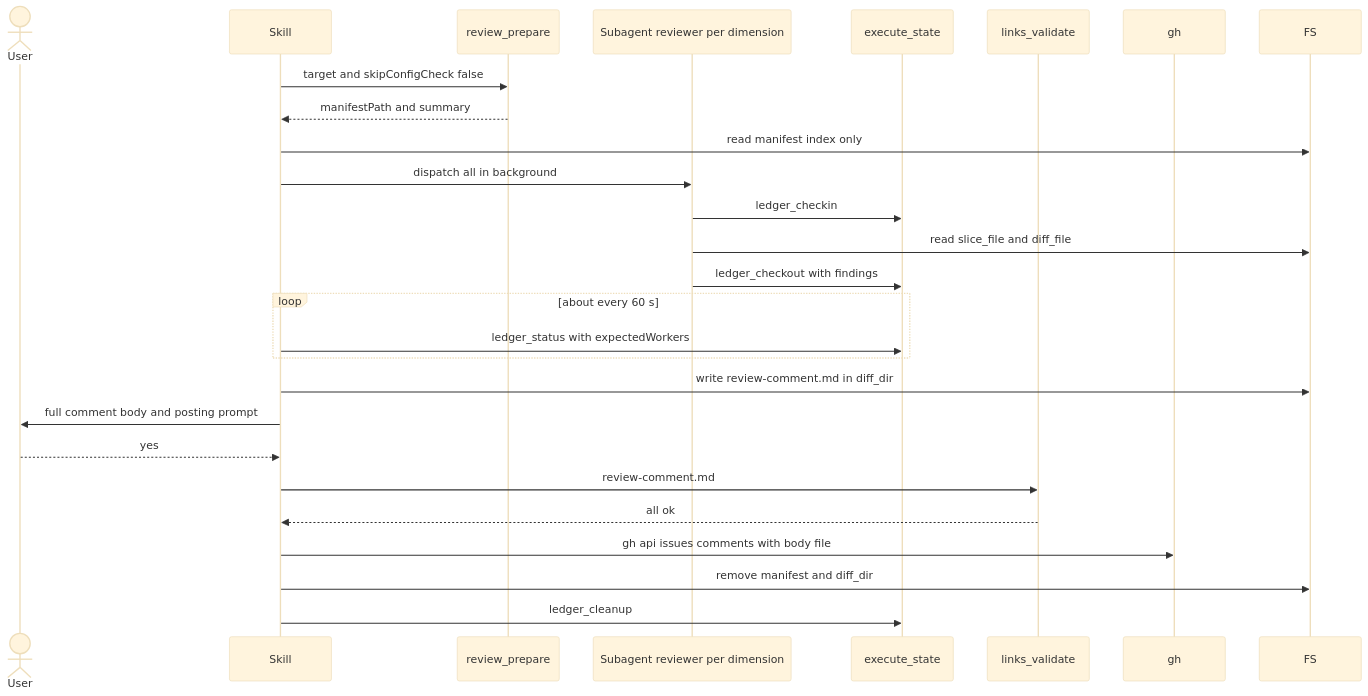
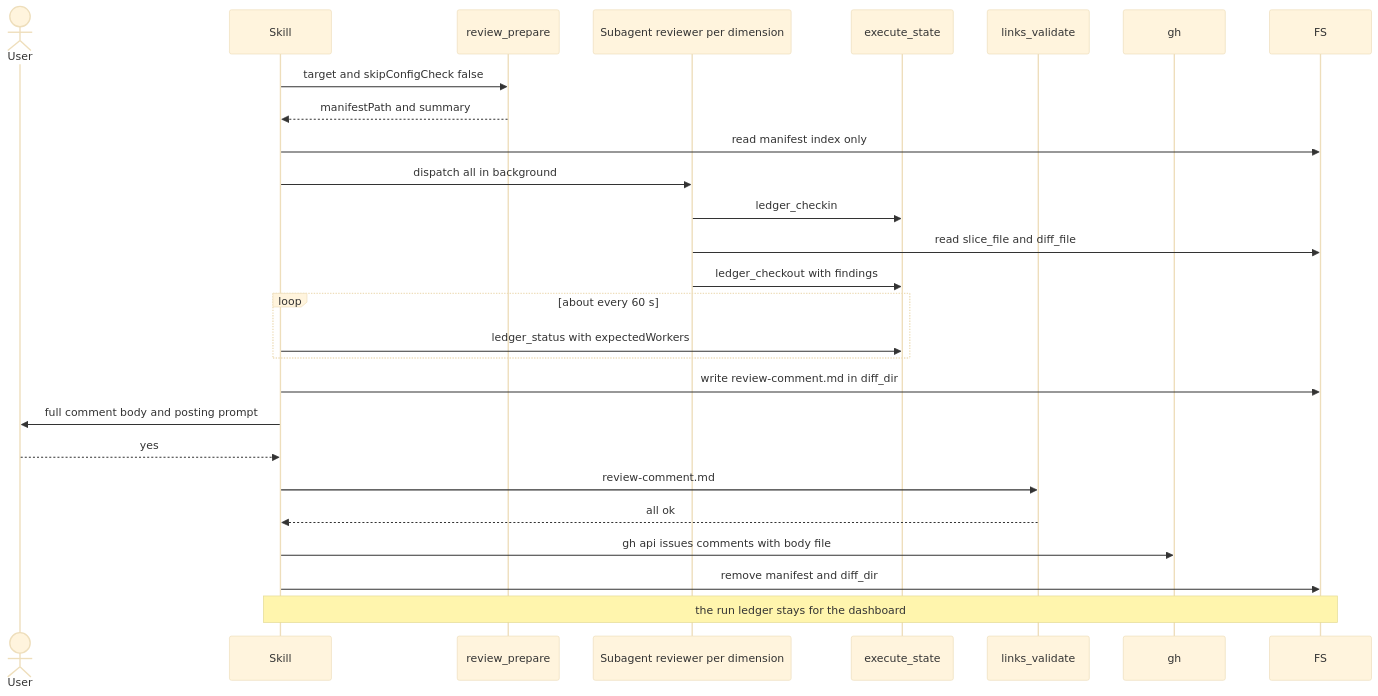
One commit to rnagrodzki/sdlc-plugin changed the diagram in openspec/specs/skill-review/spec.md. Above: the diagram before and after it, drawn with Mermaid (base theme). The commit also changed other lines of this file and 69 other files, not shown here.

````diff
--- a/openspec/specs/skill-review/spec.md
+++ b/openspec/specs/skill-review/spec.md
@@ -129,29 +129,29 @@
 ```mermaid
 sequenceDiagram
     actor User
     participant Skill
     participant RP as review_prepare
     participant R as Subagent reviewer per dimension
     participant ES as execute_state
     participant LV as links_validate
     participant gh
     participant FS
     Skill->>RP: target and skipConfigCheck false
     RP-->>Skill: manifestPath and summary
     Skill->>FS: read manifest index only
     Skill->>R: dispatch all in background
     R->>ES: ledger_checkin
     R->>FS: read slice_file and diff_file
     R->>ES: ledger_checkout with findings
     loop about every 60 s
         Skill->>ES: ledger_status with expectedWorkers
     end
     Skill->>FS: write review-comment.md in diff_dir
     Skill->>User: full comment body and posting prompt
     User-->>Skill: yes
     Skill->>LV: review-comment.md
     LV-->>Skill: all ok
     Skill->>gh: gh api issues comments with body file
     Skill->>FS: remove manifest and diff_dir
-    Skill->>ES: ledger_cleanup
+    Note over Skill,FS: the run ledger stays for the dashboard
 ```
````
